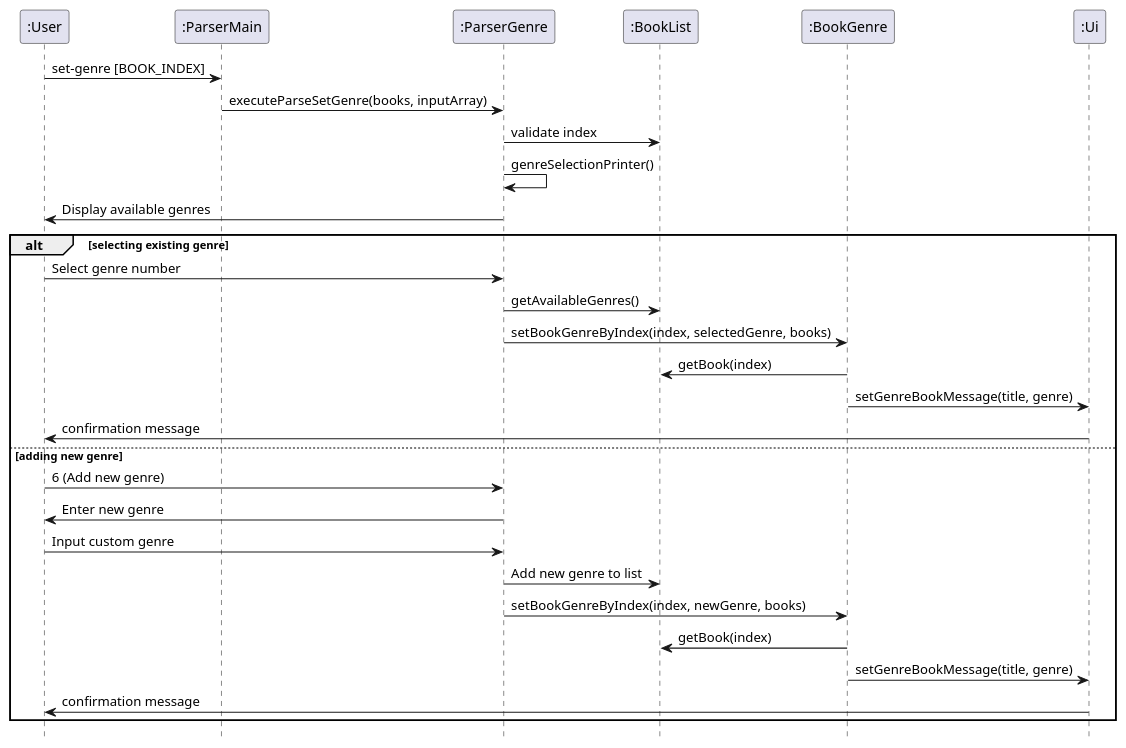
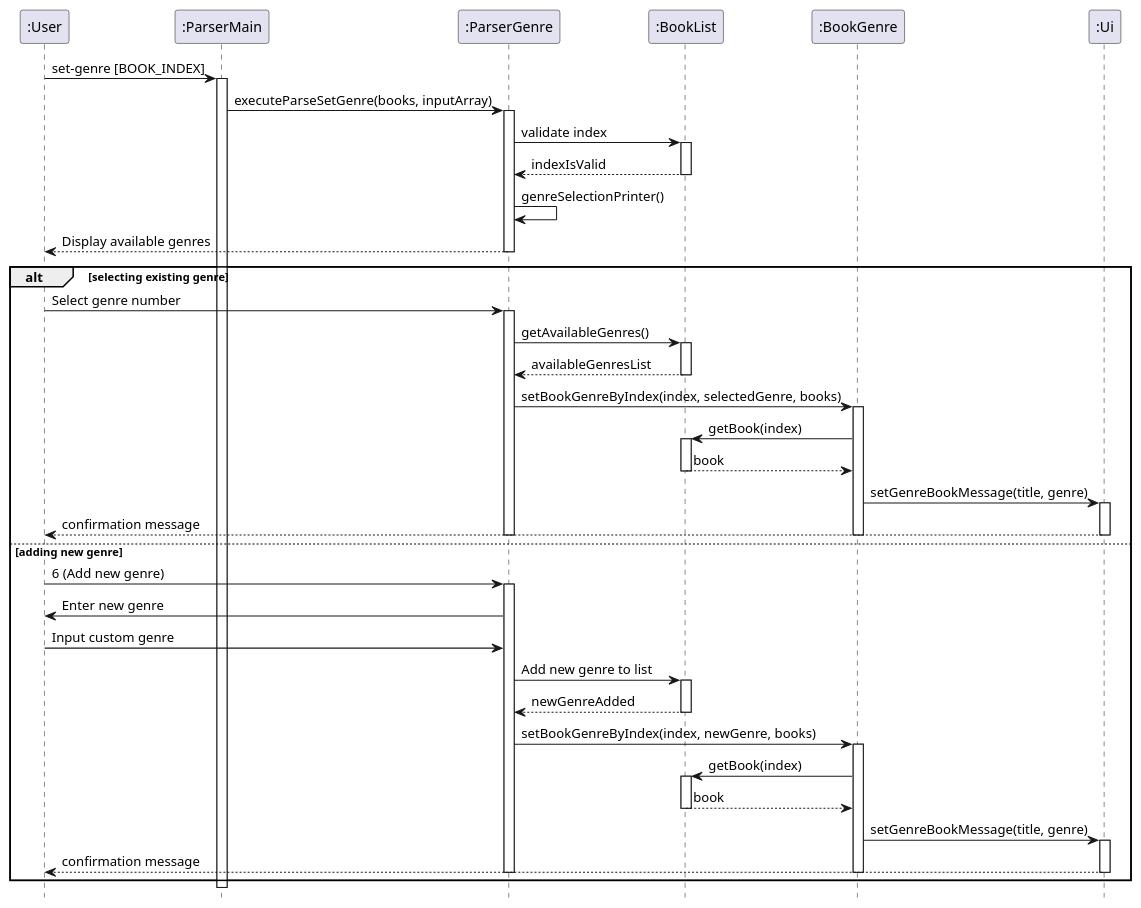
One commit to AY2324S2-CS2113-F15-4/tp changed the diagram in docs/UML_Files/SetGenreSequenceDiagram.puml. Above: the diagram before and after it, drawn with PlantUML. The commit also changed other lines of this file, not shown here.

Commit message:
Bug fixes - DG Review By TA (Jai): Missing Activation Bar In Sequence Diagram #109
Added the activation bars

```diff
--- a/docs/UML_Files/SetGenreSequenceDiagram.puml
+++ b/docs/UML_Files/SetGenreSequenceDiagram.puml
@@ -3,34 +1,64 @@
 @startuml
 hide footbox
 participant ":User" as User
 participant ":ParserMain" as ParserMain
 participant ":ParserGenre" as ParserGenre
 participant ":BookList" as BookList
 participant ":BookGenre" as BookGenre
 participant ":Ui" as Ui
 
 User -> ParserMain : set-genre [BOOK_INDEX]
+activate ParserMain
 ParserMain -> ParserGenre : executeParseSetGenre(books, inputArray)
+activate ParserGenre
 ParserGenre -> BookList : validate index
+activate BookList
+BookList --> ParserGenre : indexIsValid
+deactivate BookList
 ParserGenre -> ParserGenre : genreSelectionPrinter()
-ParserGenre -> User : Display available genres
+ParserGenre --> User : Display available genres
+deactivate ParserGenre
 
 alt selecting existing genre
     User -> ParserGenre : Select genre number
+    activate ParserGenre
     ParserGenre -> BookList : getAvailableGenres()
+    activate BookList
+    BookList --> ParserGenre : availableGenresList
+    deactivate BookList
     ParserGenre -> BookGenre : setBookGenreByIndex(index, selectedGenre, books)
+    activate BookGenre
     BookGenre -> BookList : getBook(index)
+    activate BookList
+    BookList --> BookGenre : book
+    deactivate BookList
     BookGenre -> Ui : setGenreBookMessage(title, genre)
-    Ui -> User : confirmation message
+    activate Ui
+    Ui --> User : confirmation message
+    deactivate Ui
+    deactivate BookGenre
+    deactivate ParserGenre
 else adding new genre
     User -> ParserGenre : 6 (Add new genre)
+    activate ParserGenre
     ParserGenre -> User : Enter new genre
     User -> ParserGenre : Input custom genre
     ParserGenre -> BookList : Add new genre to list
+    activate BookList
+    BookList --> ParserGenre : newGenreAdded
+    deactivate BookList
     ParserGenre -> BookGenre : setBookGenreByIndex(index, newGenre, books)
+    activate BookGenre
     BookGenre -> BookList : getBook(index)
+    activate BookList
+    BookList --> BookGenre : book
+    deactivate BookList
     BookGenre -> Ui : setGenreBookMessage(title, genre)
-    Ui -> User : confirmation message
+    activate Ui
+    Ui --> User : confirmation message
+    deactivate Ui
+    deactivate BookGenre
+    deactivate ParserGenre
 end
-
+deactivate ParserMain
 @enduml
```
